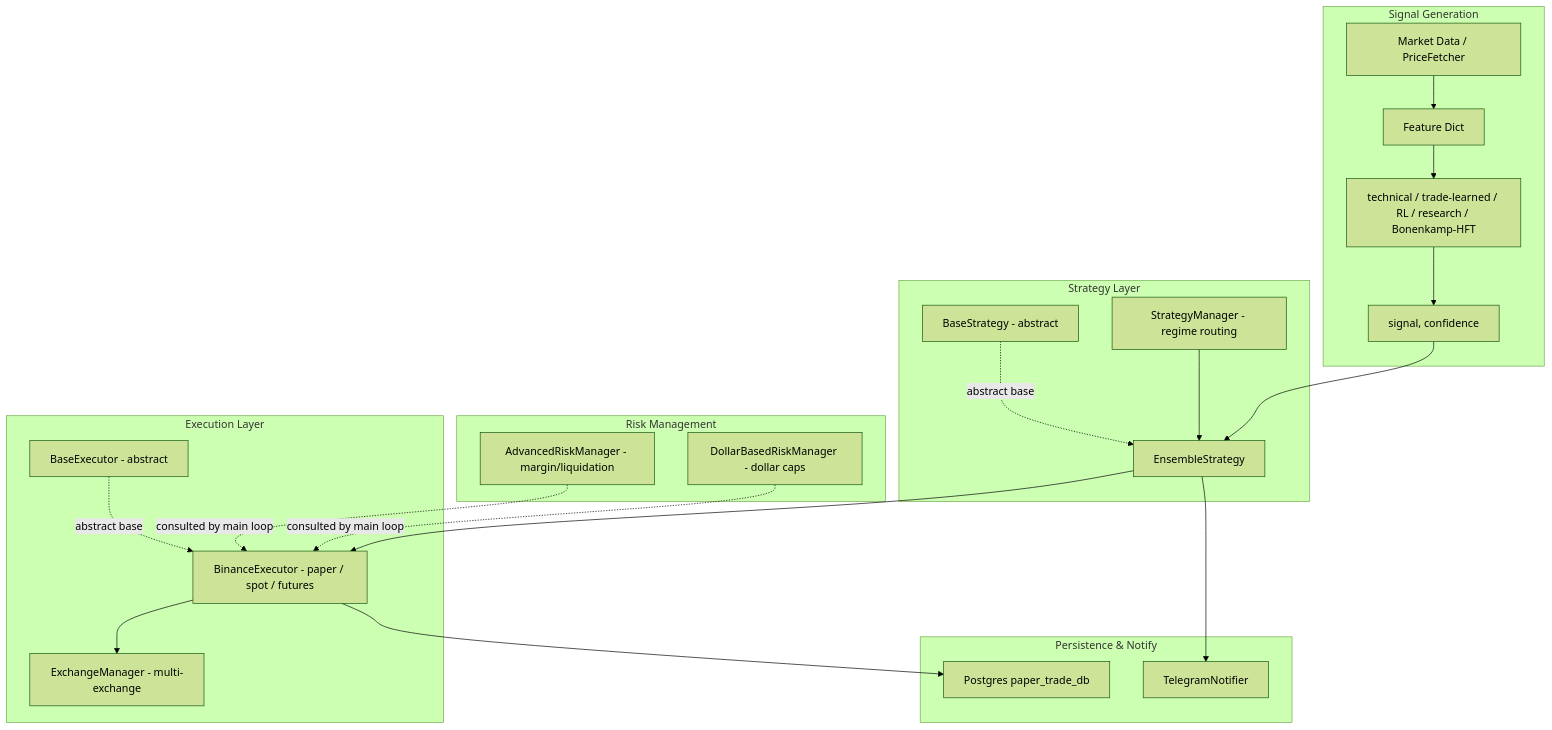
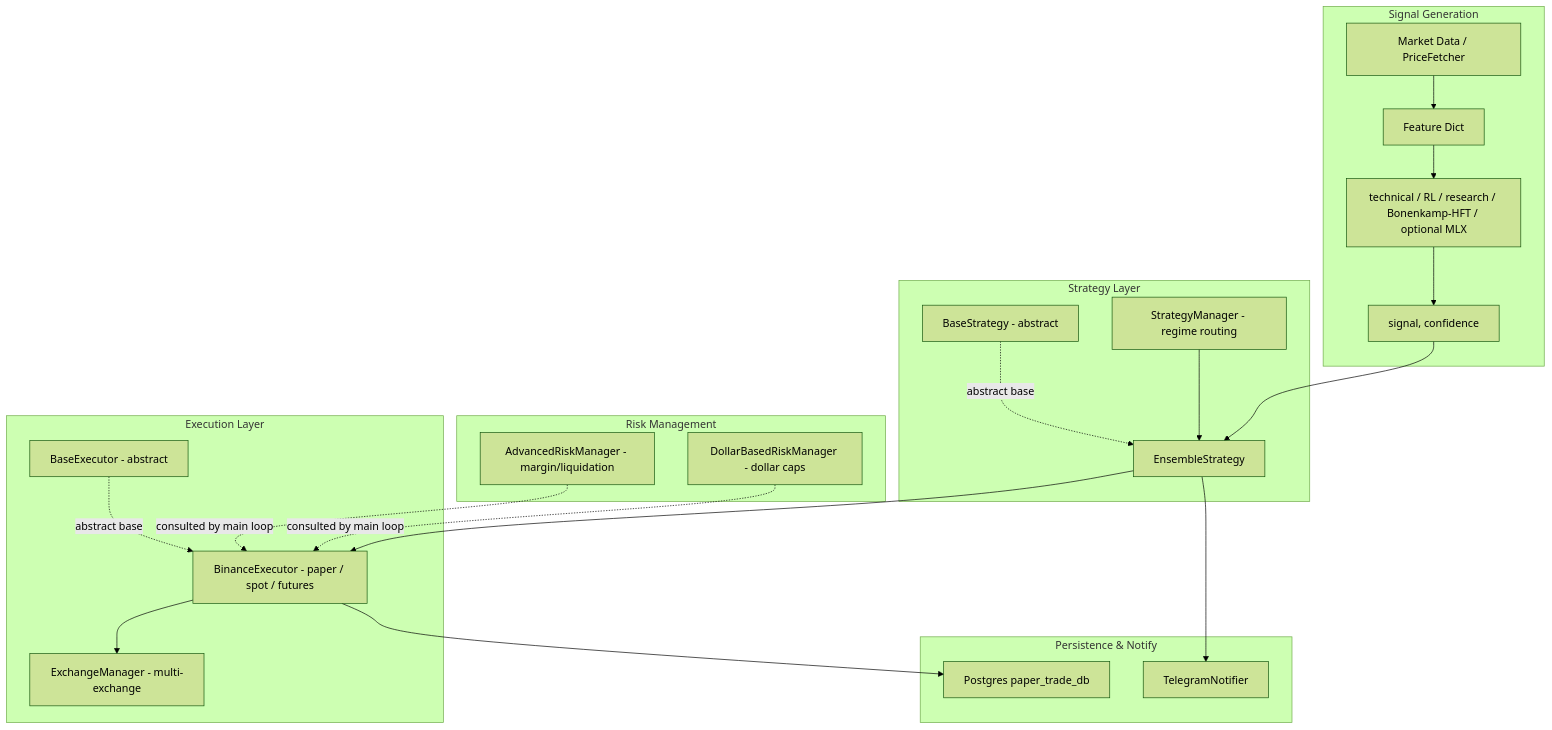
Before and after one commit to cluster2600/ELVIS: the first of 9 diagrams in docs/trading_system.md, drawn with Mermaid (forest theme). The commit also changed other lines of this file and 7 other files, not shown here.

Commit message:
refactor(models): retire invalid trade-learned path

````diff
--- a/docs/trading_system.md
+++ b/docs/trading_system.md
@@ -28,48 +28,48 @@
 ```mermaid
 graph TB
     subgraph "Signal Generation"
         DataFeed[Market Data / PriceFetcher]
         Features[Feature Dict]
-        Models[technical / trade-learned / RL / research / Bonenkamp-HFT]
+        Models[technical / RL / research / Bonenkamp-HFT / optional MLX]
         Signal[signal, confidence]
     end
 
     subgraph "Strategy Layer"
         BaseStrategy[BaseStrategy - abstract]
         EnsembleStrategy[EnsembleStrategy]
         StrategyManager[StrategyManager - regime routing]
     end
 
     subgraph "Risk Management"
         AdvancedRM[AdvancedRiskManager - margin/liquidation]
         DollarRM[DollarBasedRiskManager - dollar caps]
     end
 
     subgraph "Execution Layer"
         BaseExecutor[BaseExecutor - abstract]
         BinanceExecutor[BinanceExecutor - paper / spot / futures]
         ExchangeManager[ExchangeManager - multi-exchange]
     end
 
     subgraph "Persistence & Notify"
         PaperDB[Postgres paper_trade_db]
         Telegram[TelegramNotifier]
     end
 
     DataFeed --> Features
     Features --> Models
     Models --> Signal
 
     Signal --> EnsembleStrategy
     BaseStrategy -.abstract base.-> EnsembleStrategy
     StrategyManager --> EnsembleStrategy
 
     EnsembleStrategy --> BinanceExecutor
     BinanceExecutor --> ExchangeManager
     BaseExecutor -.abstract base.-> BinanceExecutor
     BinanceExecutor --> PaperDB
 
     AdvancedRM -.consulted by main loop.-> BinanceExecutor
     DollarRM -.consulted by main loop.-> BinanceExecutor
     EnsembleStrategy --> Telegram
 ```
````
